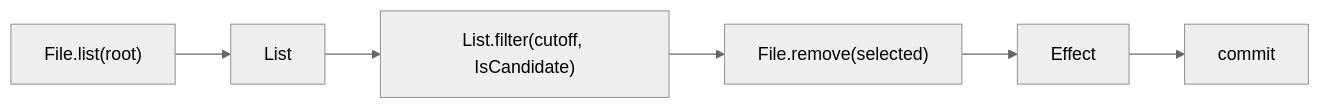
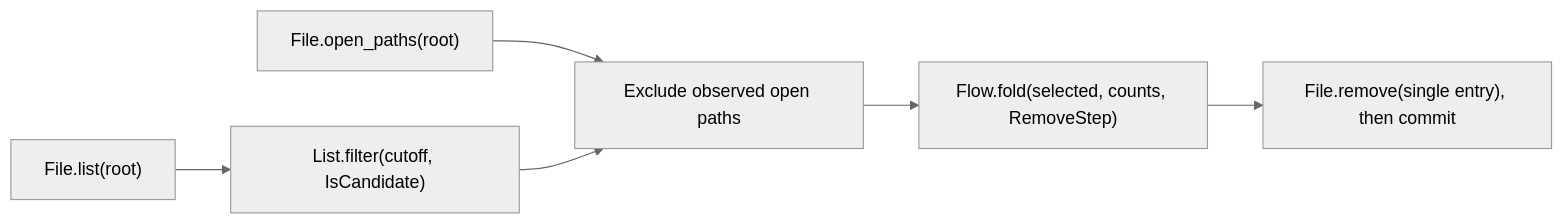
Before and after one commit to tyemirov/Lo: the diagram in docs/file-adapter-design.md, drawn with Mermaid (neutral theme). The commit also changed other lines of this file and 14 other files, not shown here.

````diff
--- a/docs/file-adapter-design.md
+++ b/docs/file-adapter-design.md
@@ -33,8 +37,8 @@
 ```mermaid
 flowchart LR
-    A["File.list(root)"] --> B["List<File.Entry>"]
-    B --> C["List.filter(cutoff, IsCandidate)"]
-    C --> D["File.remove(selected)"]
-    D --> E["Effect"]
-    E --> F["commit"]
+    A["File.list(root)"] --> B["List.filter(cutoff, IsCandidate)"]
+    C["File.open_paths(root)"] --> D["Exclude observed open paths"]
+    B --> D
+    D --> E["Flow.fold(selected, counts, RemoveStep)"]
+    E --> F["File.remove(single entry), then commit"]
 ```
````
